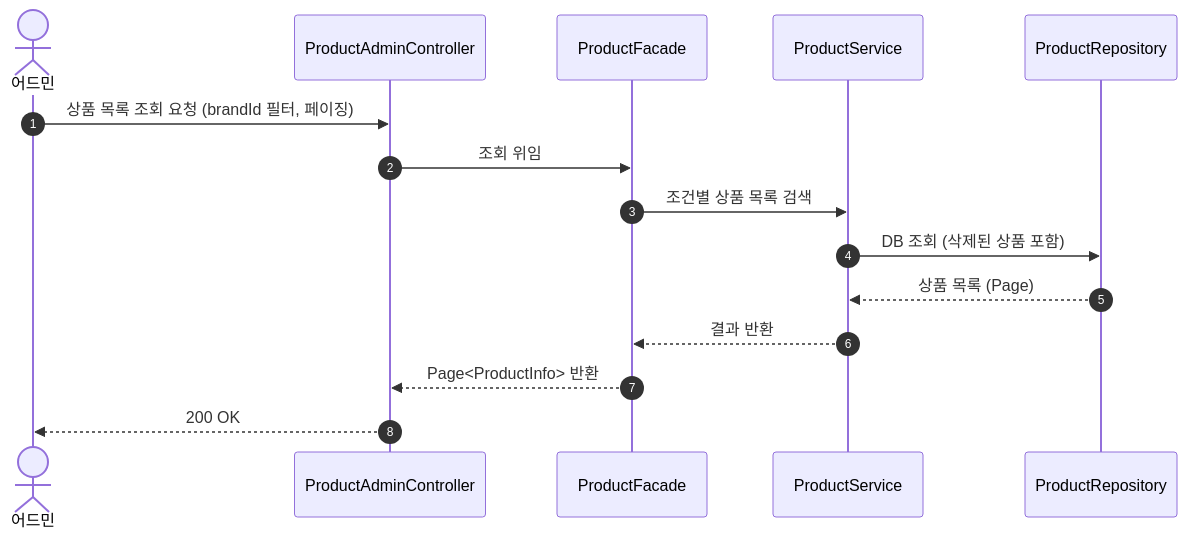
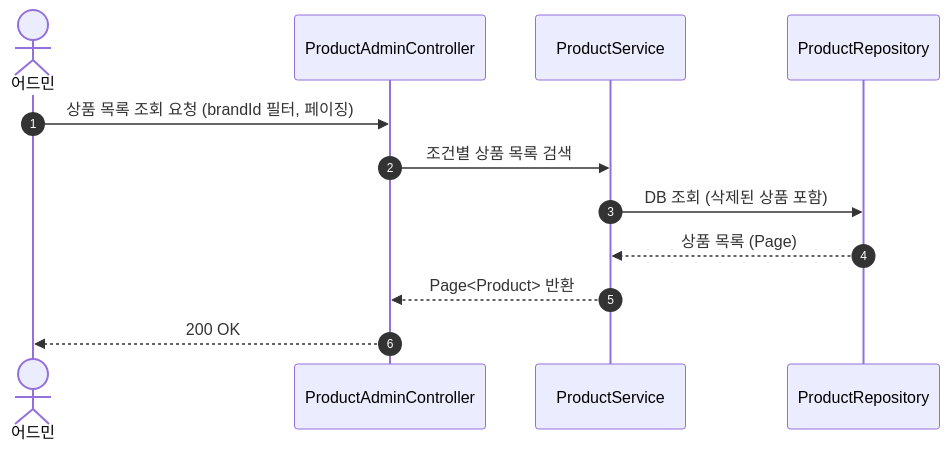
One commit to Loopers-dev-lab/loop-pack-be-l2-vol3-kotlin changed the ninth of 21 diagrams in docs/design-v2/02-sequence-diagrams-v2.md. Above: the diagram before and after it, drawn with Mermaid. The commit also changed other lines of this file and 6 other files, not shown here.

First line of the commit message:
docs: v2 설계 문서 2차 리뷰 반영 — 6건 이슈 해소, 플로우차트·마인드맵 추가

````diff
--- a/docs/design-v2/02-sequence-diagrams-v2.md
+++ b/docs/design-v2/02-sequence-diagrams-v2.md
@@ -248,17 +230,14 @@
 ```mermaid
 sequenceDiagram
     autonumber
     actor Admin as 어드민
     participant C as ProductAdminController
-    participant F as ProductFacade
     participant S as ProductService
     participant R as ProductRepository
     Admin ->> C: 상품 목록 조회 요청 (brandId 필터, 페이징)
-    C ->> F: 조회 위임
-    F ->> S: 조건별 상품 목록 검색
+    C ->> S: 조건별 상품 목록 검색
     S ->> R: DB 조회 (삭제된 상품 포함)
     R -->> S: 상품 목록 (Page)
-    S -->> F: 결과 반환
-    F -->> C: Page<ProductInfo> 반환
+    S -->> C: Page<Product> 반환
     C -->> Admin: 200 OK
 ```
````
